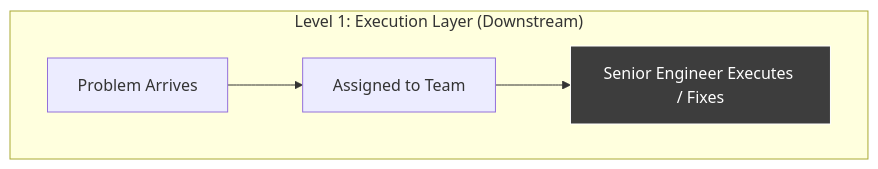
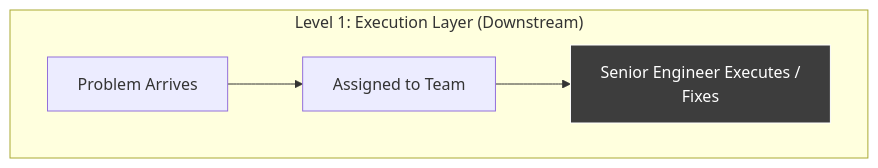
The first of 3 diagrams in _posts/2026-04-29-the-attending-architect.md (Shelbournator/thoughts), drawn with Mermaid before and after one commit. The commit also changed other lines of this file, not shown here.

````diff
--- a/_posts/2026-04-29-the-attending-architect.md
+++ b/_posts/2026-04-29-the-attending-architect.md
@@ -98,9 +98,8 @@
 ```mermaid
-%%{init: {"flowchart": {"htmlLabels": false}} }%%
 graph TD
     subgraph "Level 1: Execution Layer (Downstream)"
-        E1["Problem Arrives"] --> E2["Assigned to Team"] --> E3["Senior Engineer Executes / Fixes"]
+        E1["Problem Arrives"] --> E2["Assigned to Team"] --> E3["Senior Engineer Executes /<br> Fixes"]
     end
 
     style E3 fill:#3d3d3d,stroke:#fff,color:#fff
 ```
````
